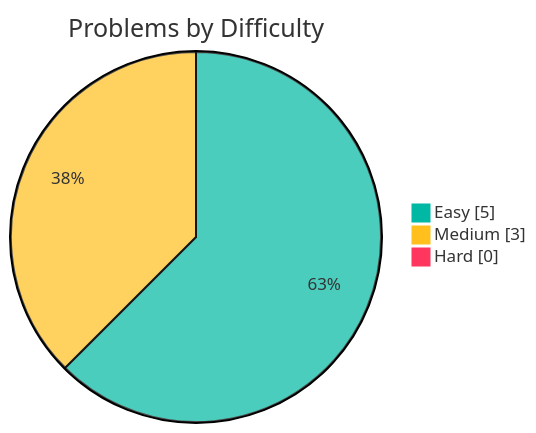
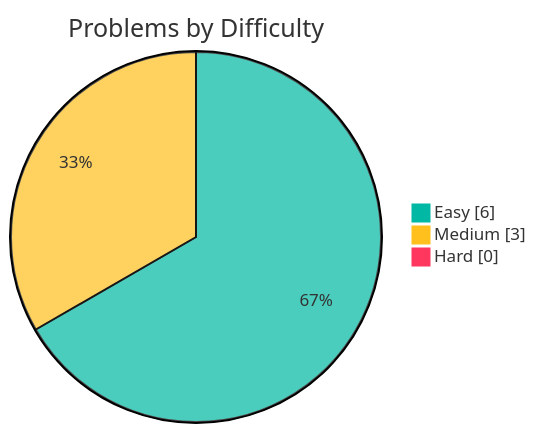
One commit to samy-D5/Leetcode changed the first of 2 diagrams in README.md. Above: the diagram before and after it, drawn with Mermaid. The commit also changed other lines of this file, not shown here.

````diff
--- a/README.md
+++ b/README.md
@@ -10,7 +10,7 @@
 ```mermaid
 %%{init: {"theme":"base","themeVariables":{"pie1":"#00b8a3","pie2":"#ffc01e","pie3":"#ff375f"}}}%%
 pie showData title Problems by Difficulty
-    "Easy" : 5
+    "Easy" : 6
     "Medium" : 3
     "Hard" : 0
 ```
````
